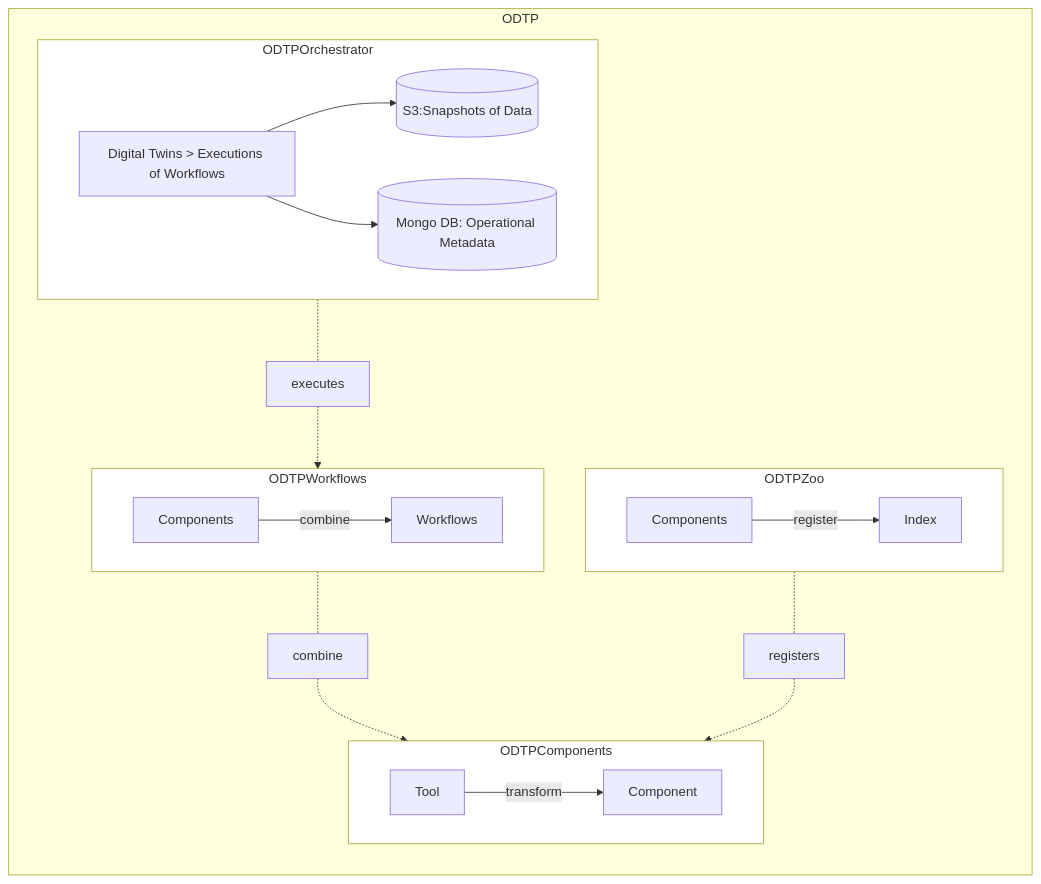
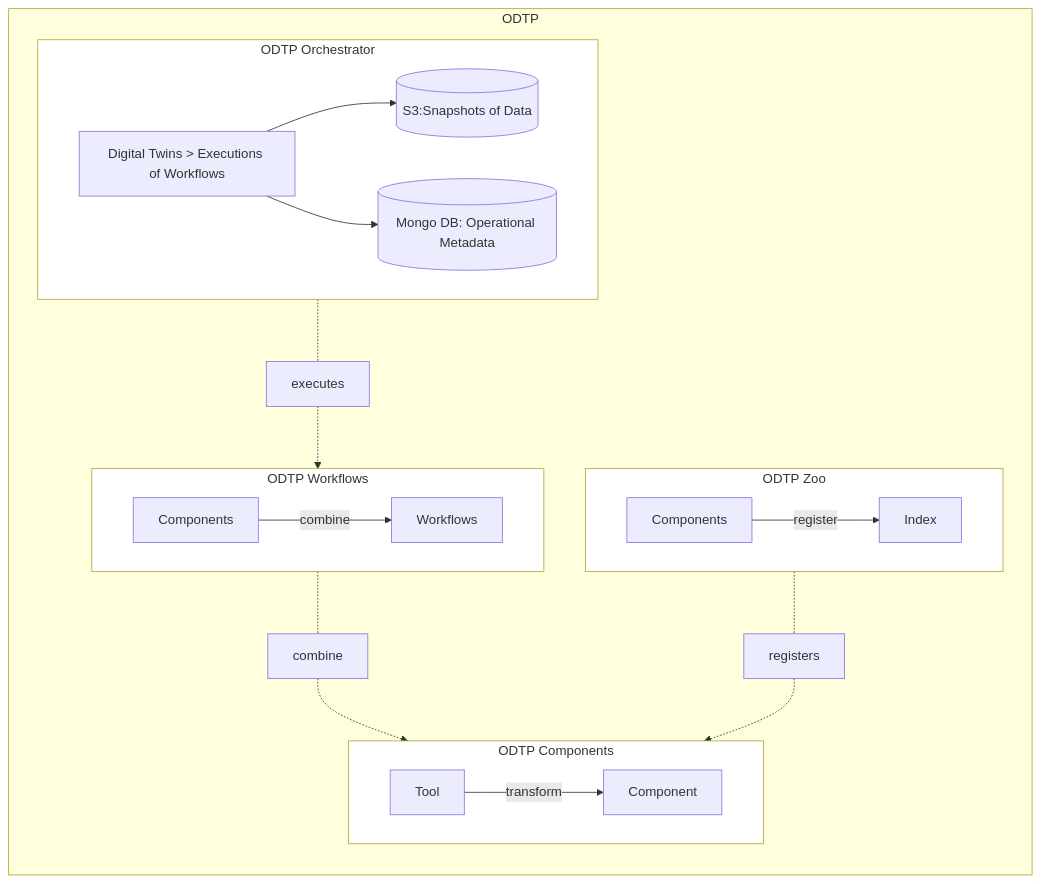
The diagram in docs/index.md (odtp-org/odtp-manuals), drawn with Mermaid before and after one commit. The commit also changed other lines of this file, not shown here.

Commit message:
feat(homepage): improve homepage

````diff
--- a/docs/index.md
+++ b/docs/index.md
@@ -5,29 +20,29 @@
 ``` mermaid
 graph RL;
     subgraph ODTP     
         direction TB
-        ODTPWorkflows -.- combine -.-> ODTPComponents
-        ODTPOrchestrator -.- executes -.-> ODTPWorkflows
-        ODTPZoo -.- registers -.-> ODTPComponents
-        subgraph ODTPComponents
+        ODTPWorkflows[ODTP Workflows] -.- combine -.-> ODTPComponents[ODTP Components]
+        ODTPOrchestrator[ODTP Orchestrator] -.- executes -.-> ODTPWorkflows[ODTP Workflows]
+        ODTPZoo[ODTP Zoo] -.- registers -.-> ODTPComponents[ODTP Components]
+        subgraph ODTPComponents[ODTP Components]
             A1[Tool] -- transform --> A2[Component]
         end
-        subgraph ODTPWorkflows
+        subgraph ODTPWorkflows[ODTP Workflows]
             B1[Components] -- combine --> B2[Workflows]
         end
-        subgraph ODTPOrchestrator
+        subgraph ODTPOrchestrator[ODTP Orchestrator]
             C1[Digital Twins > Executions of Workflows]
             C2[(S3:Snapshots of Data)]
             C3[(Mongo DB: Operational Metadata)]
             C1 --> C2
             C1 --> C3
         end
-        subgraph ODTPZoo
+        subgraph ODTPZoo[ODTP Zoo]
             D1[Components] -- register --> D2[Index]
         end           
     end
 style ODTPComponents fill:white
 style ODTPWorkflows fill:white
 style ODTPOrchestrator fill:white
 style ODTPZoo fill:white 
-``` 
+```
````
